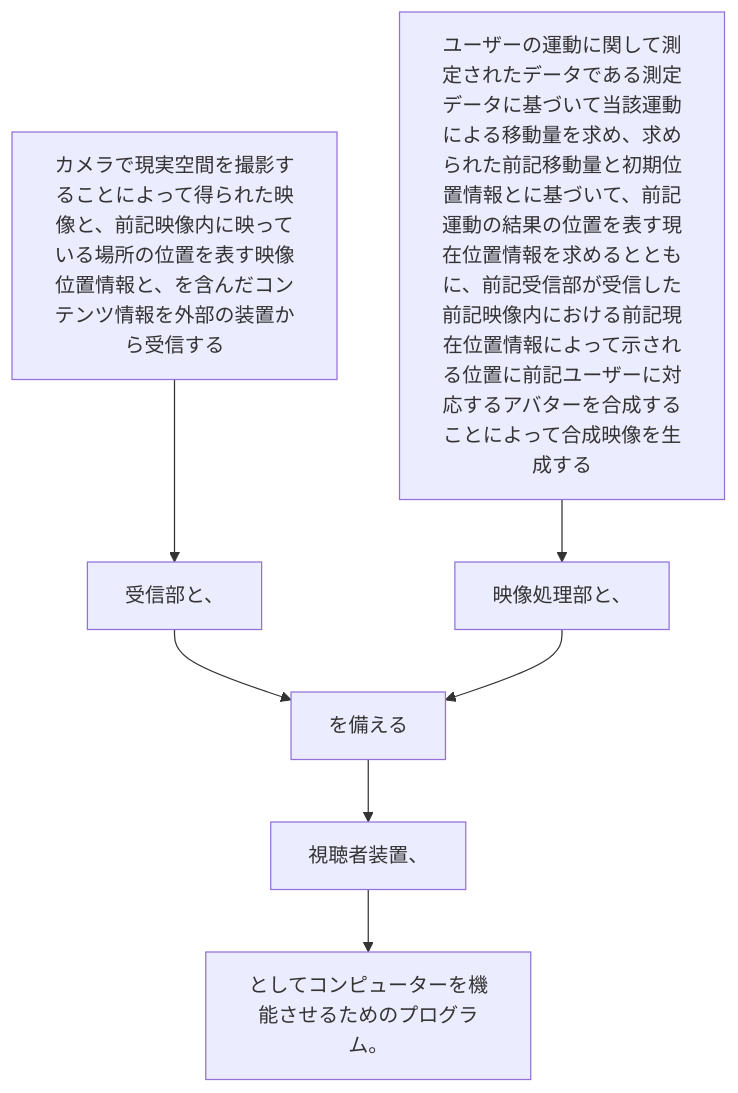
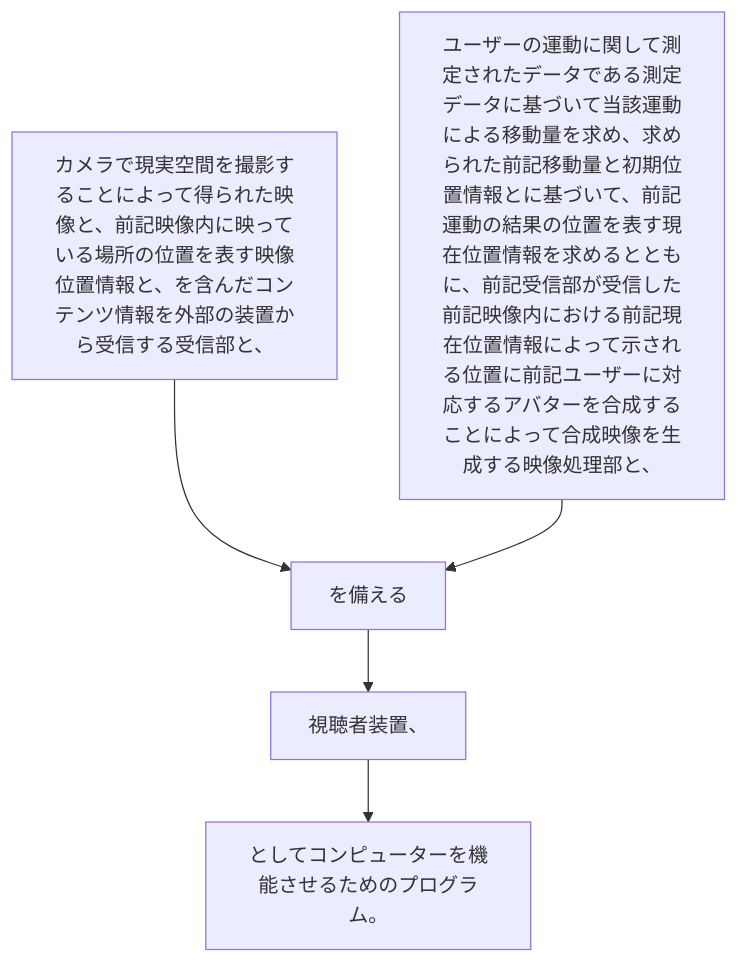
The diagram in 2024/JP2024015616A/claim_8/README.md (shinmori55/patent_analyzed), drawn with Mermaid before and after one commit. The commit also changed 11 other files, not shown here.

````diff
--- a/2024/JP2024015616A/claim_8/README.md
+++ b/2024/JP2024015616A/claim_8/README.md
@@ -4,16 +4,12 @@
 ```mermaid
 flowchart TD
-A[カメラで現実空間を撮影することによって得られた映像と、前記映像内に映っている場所の位置を表す映像位置情報と、を含んだコンテンツ情報を外部の装置から受信する]
-B[受信部と、]
-C[ユーザーの運動に関して測定されたデータである測定データに基づいて当該運動による移動量を求め、求められた前記移動量と初期位置情報とに基づいて、前記運動の結果の位置を表す現在位置情報を求めるとともに、前記受信部が受信した前記映像内における前記現在位置情報によって示される位置に前記ユーザーに対応するアバターを合成することによって合成映像を生成する]
-D[映像処理部と、]
-E[を備える]
-F[視聴者装置、]
-G[としてコンピューターを機能させるためのプログラム。]
-A --> B
+A[カメラで現実空間を撮影することによって得られた映像と、前記映像内に映っている場所の位置を表す映像位置情報と、を含んだコンテンツ情報を外部の装置から受信する受信部と、]
+B[ユーザーの運動に関して測定されたデータである測定データに基づいて当該運動による移動量を求め、求められた前記移動量と初期位置情報とに基づいて、前記運動の結果の位置を表す現在位置情報を求めるとともに、前記受信部が受信した前記映像内における前記現在位置情報によって示される位置に前記ユーザーに対応するアバターを合成することによって合成映像を生成する映像処理部と、]
+C[を備える]
+D[視聴者装置、]
+E[としてコンピューターを機能させるためのプログラム。]
+A --> C
+B --> C
 C --> D
-B --> E
 D --> E
-E --> F
-F --> G
 ```
````
